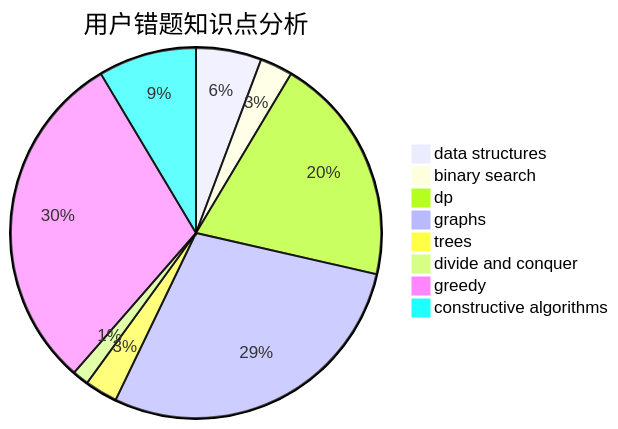
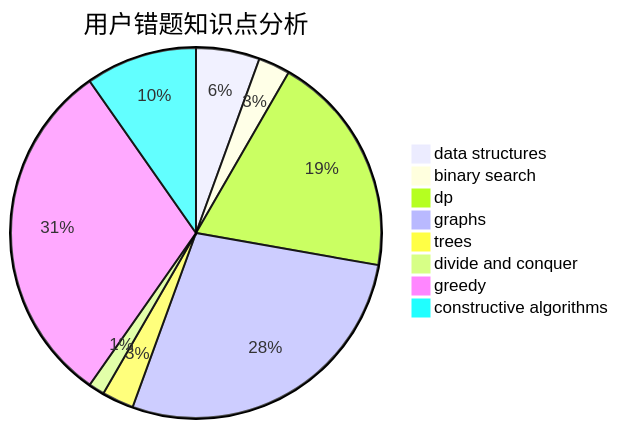
The third of 3 diagrams in docs/user/u2010.md (sherpahu/cfrs.github.io), drawn with Mermaid before and after one commit. The commit also changed other lines of this file and 2770 other files, not shown here.

````diff
--- a/docs/user/u2010.md
+++ b/docs/user/u2010.md
@@ -36,11 +36,11 @@
 ```mermaid
 pie title 用户错题知识点分析
     "data structures" :  4
     "binary search" :  2
     "dp" :  14
     "graphs" :  20
     "trees" :  2
     "divide and conquer" :  1
-    "greedy" :  21
-    "constructive algorithms" :  6
+    "greedy" :  22
+    "constructive algorithms" :  7
 ```
````
